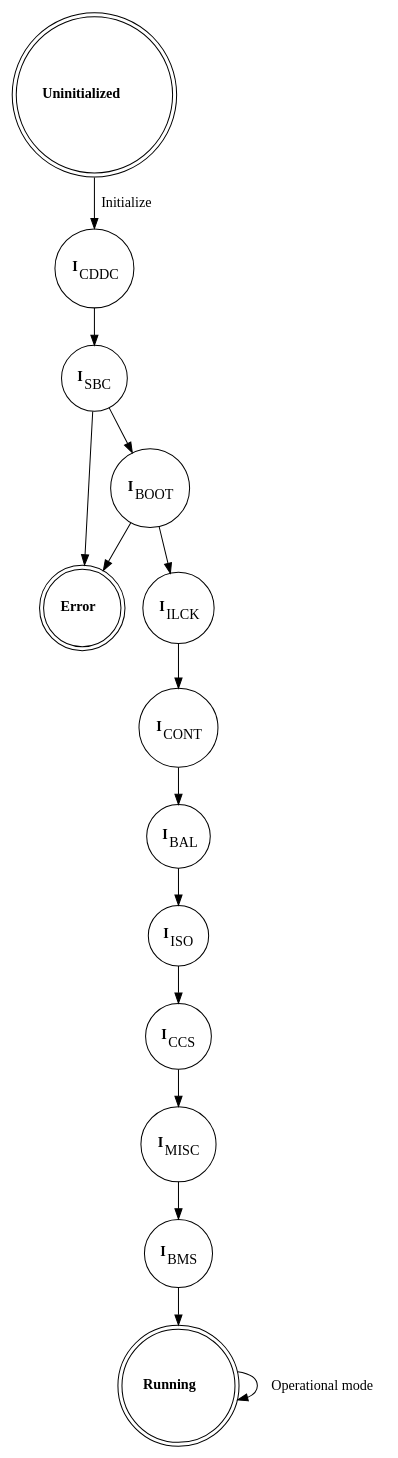
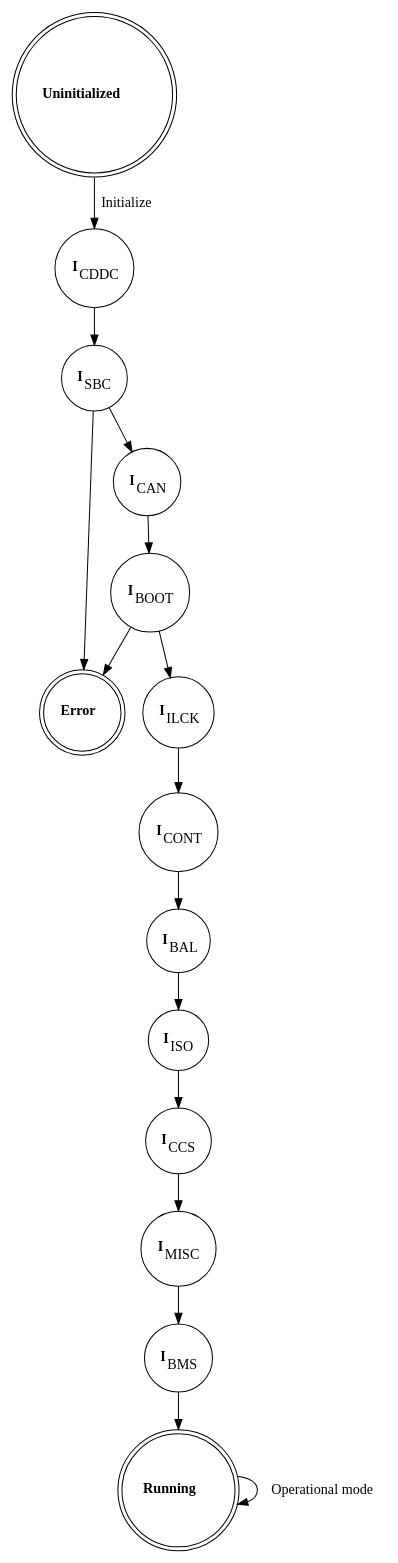
The diagram in docs/software/modules/engine/sys/sys_state-machine-detailed.dot (foxBMS/foxbms-2), drawn with Graphviz before and after one commit. The commit also changed 357 other files, not shown here.

```diff
--- a/docs/software/modules/engine/sys/sys_state-machine-detailed.dot
+++ b/docs/software/modules/engine/sys/sys_state-machine-detailed.dot
@@ -1,81 +1,84 @@
 # Copyright (c) 2010 - 2021, Fraunhofer-Gesellschaft zur Foerderung der angewandten Forschung e.V.
 # All rights reserved.
 #
 # SPDX-License-Identifier: BSD-3-Clause
 #
 # Redistribution and use in source and binary forms, with or without
 # modification, are permitted provided that the following conditions are met:
 #
 # 1. Redistributions of source code must retain the above copyright notice, this
 #    list of conditions and the following disclaimer.
 #
 # 2. Redistributions in binary form must reproduce the above copyright notice,
 #    this list of conditions and the following disclaimer in the documentation
 #    and/or other materials provided with the distribution.
 #
 # 3. Neither the name of the copyright holder nor the names of its
 #    contributors may be used to endorse or promote products derived from
 #    this software without specific prior written permission.
 #
 # THIS SOFTWARE IS PROVIDED BY THE COPYRIGHT HOLDERS AND CONTRIBUTORS "AS IS"
 # AND ANY EXPRESS OR IMPLIED WARRANTIES, INCLUDING, BUT NOT LIMITED TO, THE
 # IMPLIED WARRANTIES OF MERCHANTABILITY AND FITNESS FOR A PARTICULAR PURPOSE ARE
 # DISCLAIMED. IN NO EVENT SHALL THE COPYRIGHT HOLDER OR CONTRIBUTORS BE LIABLE
 # FOR ANY DIRECT, INDIRECT, INCIDENTAL, SPECIAL, EXEMPLARY, OR CONSEQUENTIAL
 # DAMAGES (INCLUDING, BUT NOT LIMITED TO, PROCUREMENT OF SUBSTITUTE GOODS OR
 # SERVICES; LOSS OF USE, DATA, OR PROFITS; OR BUSINESS INTERRUPTION) HOWEVER
 # CAUSED AND ON ANY THEORY OF LIABILITY, WHETHER IN CONTRACT, STRICT LIABILITY,
 # OR TORT (INCLUDING NEGLIGENCE OR OTHERWISE) ARISING IN ANY WAY OUT OF THE USE
 # OF THIS SOFTWARE, EVEN IF ADVISED OF THE POSSIBILITY OF SUCH DAMAGE.
 #
 # We kindly request you to use one or more of the following phrases to refer to
 # foxBMS in your hardware, software, documentation or advertising materials:
 #
 # - "This product uses parts of foxBMS®"
 # - "This product includes parts of foxBMS®"
 # - "This product is derived from foxBMS®"
 
 digraph sys_fsm_states_detailed {
     rankdir=TB;
     node [shape = doublecircle]     nd_uninitialized
                                     nd_running
                                     nd_error;
     node [shape = circle]           nd_initialization_check_deep_discharge
                                     nd_initialization_sbc
+                                    nd_initialization_can
                                     nd_initialization_send_boot_message
                                     nd_initialization_interlock
                                     nd_initialization_contactors
                                     nd_initialization_balancing
                                     nd_initialization_insulation_guard
                                     ;
 
     nd_uninitialized                            [label=<<B>Uninitialized</B>>];
     nd_initialization_check_deep_discharge      [label=<<B>I</B><SUB>CDDC</SUB>>];
     nd_initialization_sbc                       [label=<<B>I</B><SUB>SBC</SUB>>];
+    nd_initialization_can                       [label=<<B>I</B><SUB>CAN</SUB>>];
     nd_initialization_send_boot_message         [label=<<B>I</B><SUB>BOOT</SUB>>];
     nd_initialization_interlock                 [label=<<B>I</B><SUB>ILCK</SUB>>];
     nd_initialization_contactors                [label=<<B>I</B><SUB>CONT</SUB>>];
     nd_initialization_balancing                 [label=<<B>I</B><SUB>BAL</SUB>>];
     nd_initialization_insulation_guard          [label=<<B>I</B><SUB>ISO</SUB>>];
     nd_initialization_check_current_sensor      [label=<<B>I</B><SUB>CCS</SUB>>];
     nd_initialization_misc                      [label=<<B>I</B><SUB>MISC</SUB>>];
     nd_initialization_bms                       [label=<<B>I</B><SUB>BMS</SUB>>];
     nd_running                                  [label=<<B>Running</B>>];
     nd_error                                    [label=<<B>Error</B>>];
 
     nd_uninitialized                        -> nd_initialization_check_deep_discharge      [label = "Initialize"]
     nd_initialization_check_deep_discharge  -> nd_initialization_sbc
-    nd_initialization_sbc                   -> nd_initialization_send_boot_message
+    nd_initialization_sbc                   -> nd_initialization_can
+    nd_initialization_can                   -> nd_initialization_send_boot_message
     nd_initialization_send_boot_message     -> nd_initialization_interlock
     nd_initialization_interlock             -> nd_initialization_contactors
     nd_initialization_contactors            -> nd_initialization_balancing
     nd_initialization_balancing             -> nd_initialization_insulation_guard
     nd_initialization_insulation_guard      -> nd_initialization_check_current_sensor
     nd_initialization_check_current_sensor  -> nd_initialization_misc
     nd_initialization_misc                  -> nd_initialization_bms
     nd_initialization_bms                   -> nd_running
     nd_running                              -> nd_running                                   [label = "Operational mode"];
 
     nd_initialization_sbc -> nd_error
     nd_initialization_send_boot_message -> nd_error
 }
```
